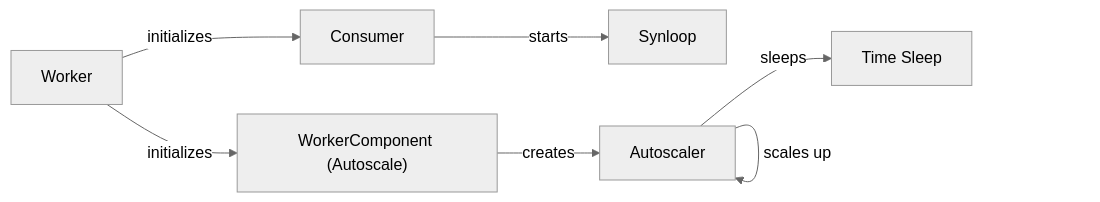
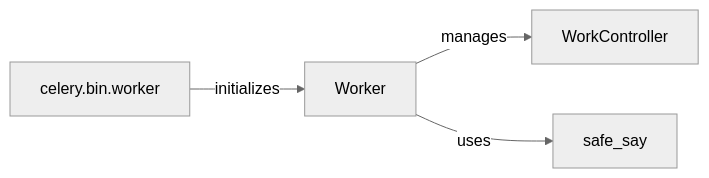
The diagram in celery/Worker Management.md (CodeBoarding/GeneratedOnBoardings), drawn with Mermaid (neutral theme) before and after one commit. The commit also changed other lines of this file and 15 other files, not shown here.

````diff
--- a/celery/Worker Management.md
+++ b/celery/Worker Management.md
@@ -1,17 +1,10 @@
 ```mermaid
 graph LR
     Worker["Worker"]
-    Consumer["Consumer"]
-    Synloop["Synloop"]
-    WorkerComponent_Autoscale_["WorkerComponent (Autoscale)"]
-    Autoscaler["Autoscaler"]
-    Time_Sleep["Time Sleep"]
-    Worker -- "initializes" --> Consumer
-    Worker -- "initializes" --> WorkerComponent_Autoscale_
-    Consumer -- "starts" --> Synloop
-    WorkerComponent_Autoscale_ -- "creates" --> Autoscaler
-    Autoscaler -- "sleeps" --> Time_Sleep
-    Autoscaler -- "updates" --> Autoscaler
-    Autoscaler -- "scales down" --> Autoscaler
-    Autoscaler -- "scales up" --> Autoscaler
+    WorkController["WorkController"]
+    celery_bin_worker["celery.bin.worker"]
+    safe_say["safe_say"]
+    celery_bin_worker -- "initializes" --> Worker
+    Worker -- "manages" --> WorkController
+    Worker -- "uses" --> safe_say
 ```
````
